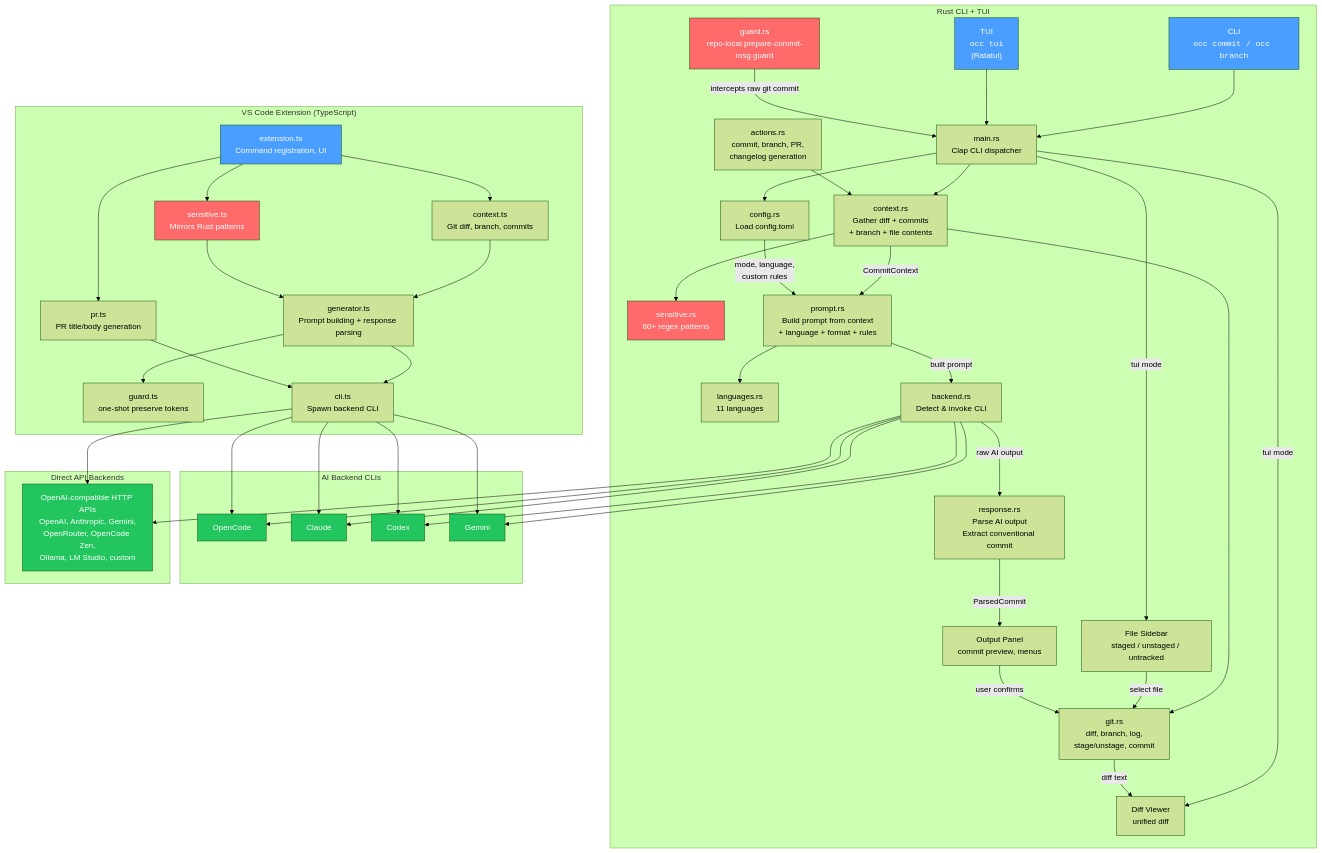
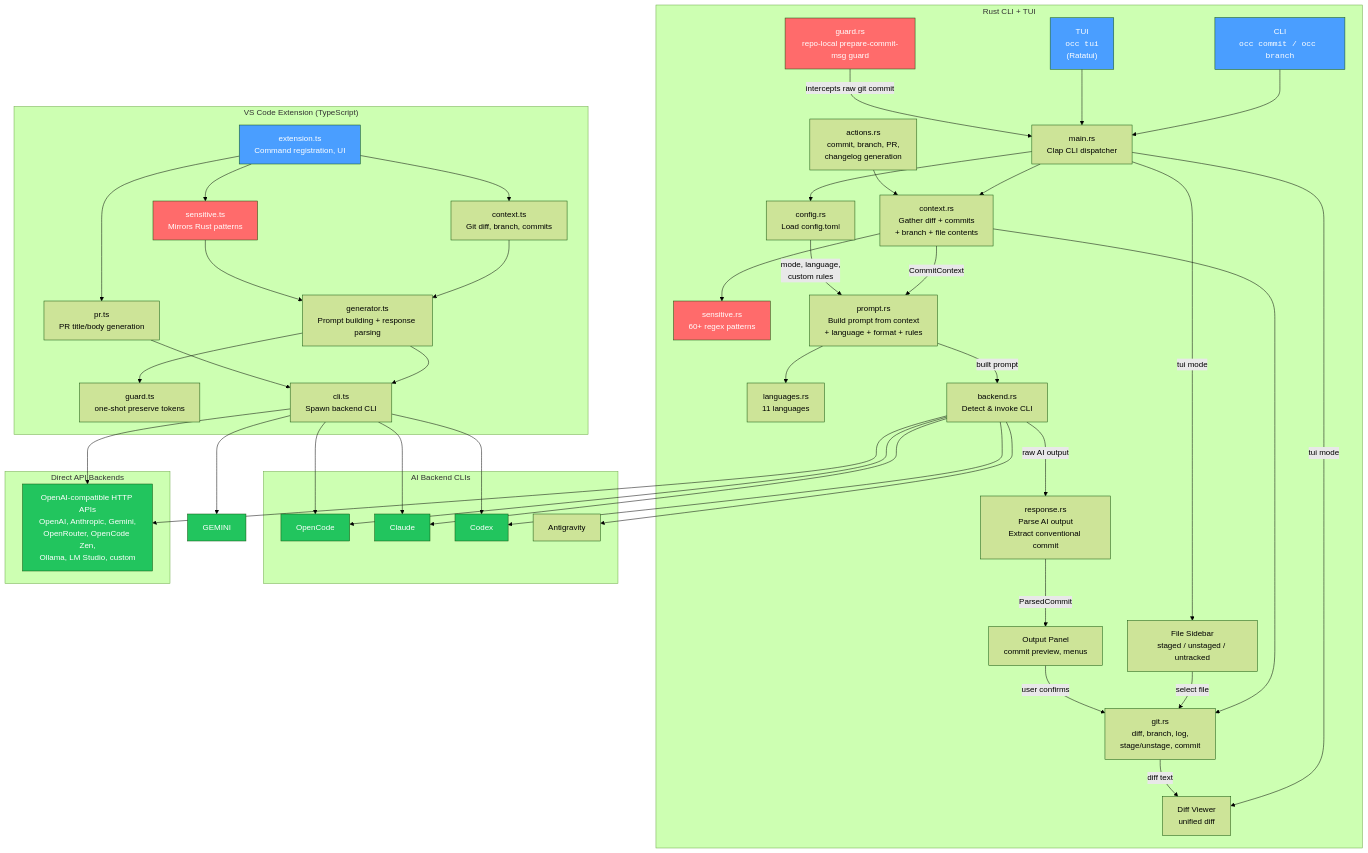
Before and after one commit to Nevaberry/opencodecommit: the diagram in docs/architecture.md, drawn with Mermaid (forest theme). The commit also changed 33 other files, not shown here.

```diff
--- a/docs/architecture.md
+++ b/docs/architecture.md
@@ -35,7 +35,7 @@
         OPENCODE["OpenCode"]
         CLAUDE["Claude"]
         CODEX["Codex"]
-        GEMINI["Gemini"]
+        AGY["Antigravity"]
     end
 
     subgraph "Direct API Backends"
@@ -58,7 +58,7 @@
     BACKEND_RS --> OPENCODE
     BACKEND_RS --> CLAUDE
     BACKEND_RS --> CODEX
-    BACKEND_RS --> GEMINI
+    BACKEND_RS --> AGY
     BACKEND_RS --> API
 
     %% Rust response
```
